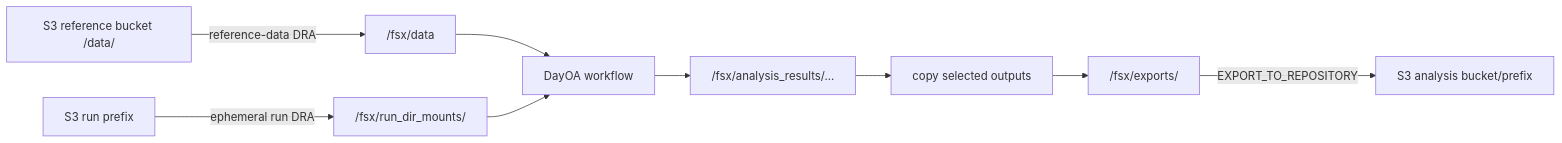
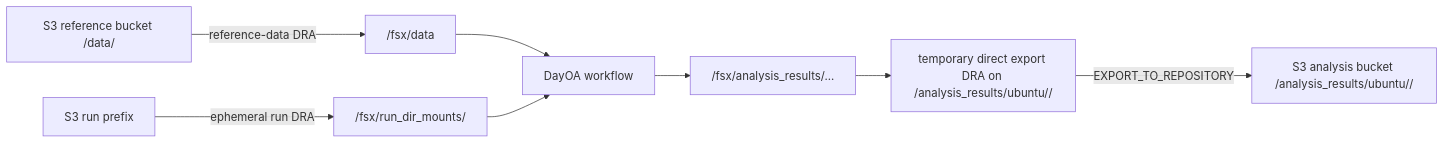
The diagram in README.md (Daylily-Informatics/daylily-ephemeral-cluster), drawn with Mermaid before and after one commit. The commit also changed other lines of this file and 22 other files, not shown here.

Commit message:
Implement direct analysis DRA export

````diff
--- a/README.md
+++ b/README.md
@@ -129,11 +123,10 @@
 ```mermaid
 flowchart LR
   Ref["S3 reference bucket /data/"] -->|reference-data DRA| Data["/fsx/data"]
   Run["S3 run prefix"] -->|ephemeral run DRA| Mount["/fsx/run_dir_mounts/<mount_id>"]
   Data --> Workflow["DayOA workflow"]
   Mount --> Workflow
   Workflow --> Results["/fsx/analysis_results/..."]
-  Results --> Copy["copy selected outputs"]
-  Copy --> Export["/fsx/exports/<export_id>"]
-  Export -->|EXPORT_TO_REPOSITORY| Analysis["S3 analysis bucket/prefix"]
+  Results --> Export["temporary direct export DRA on /analysis_results/ubuntu/<analysis_dir>/"]
+  Export -->|EXPORT_TO_REPOSITORY| Analysis["S3 analysis bucket /analysis_results/ubuntu/<analysis_dir>/"]
 ```
````
